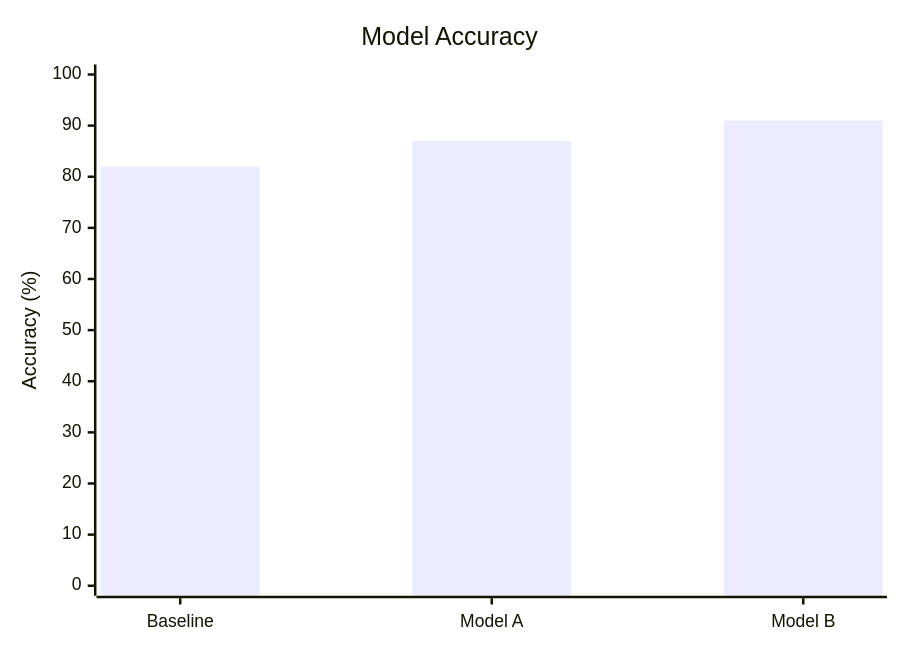
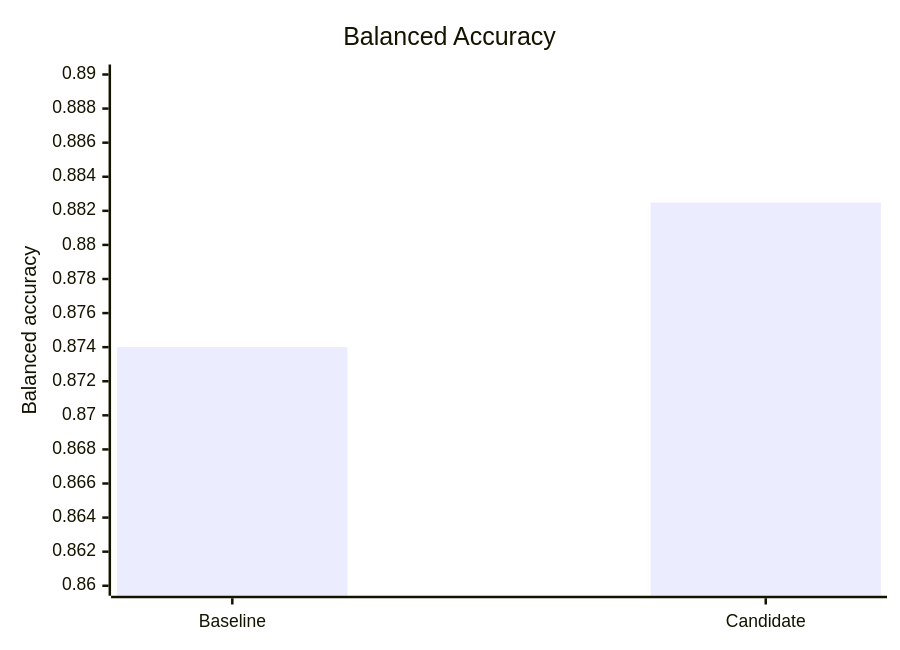
One commit to chingfhen/agent-core changed the first of 3 diagrams in skills/mermaid-markdown/SKILL.md. Above: the diagram before and after it, drawn with Mermaid. The commit also changed other lines of this file, not shown here.

Commit message:
skills\mermaid-markdown\SKILL.md

````diff
--- a/skills/mermaid-markdown/SKILL.md
+++ b/skills/mermaid-markdown/SKILL.md
@@ -224,7 +417,7 @@
 ```mermaid
 xychart-beta
-    title "Model Accuracy"
-    x-axis ["Baseline", "Model A", "Model B"]
-    y-axis "Accuracy (%)" 0 --> 100
-    bar [82, 87, 91]
+    title "Balanced Accuracy"
+    x-axis ["Baseline", "Candidate"]
+    y-axis "Balanced accuracy" 0.86 --> 0.89
+    bar [0.874011, 0.882486]
 ```
````
